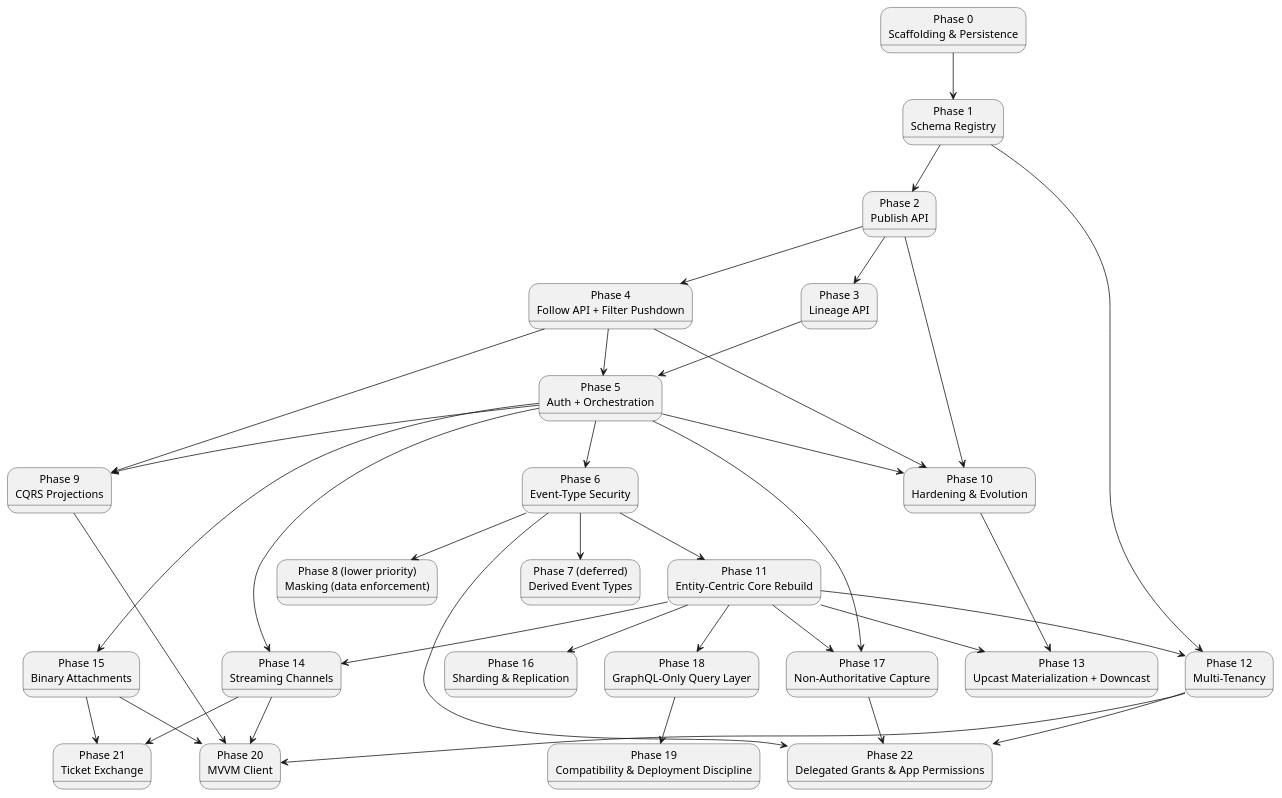
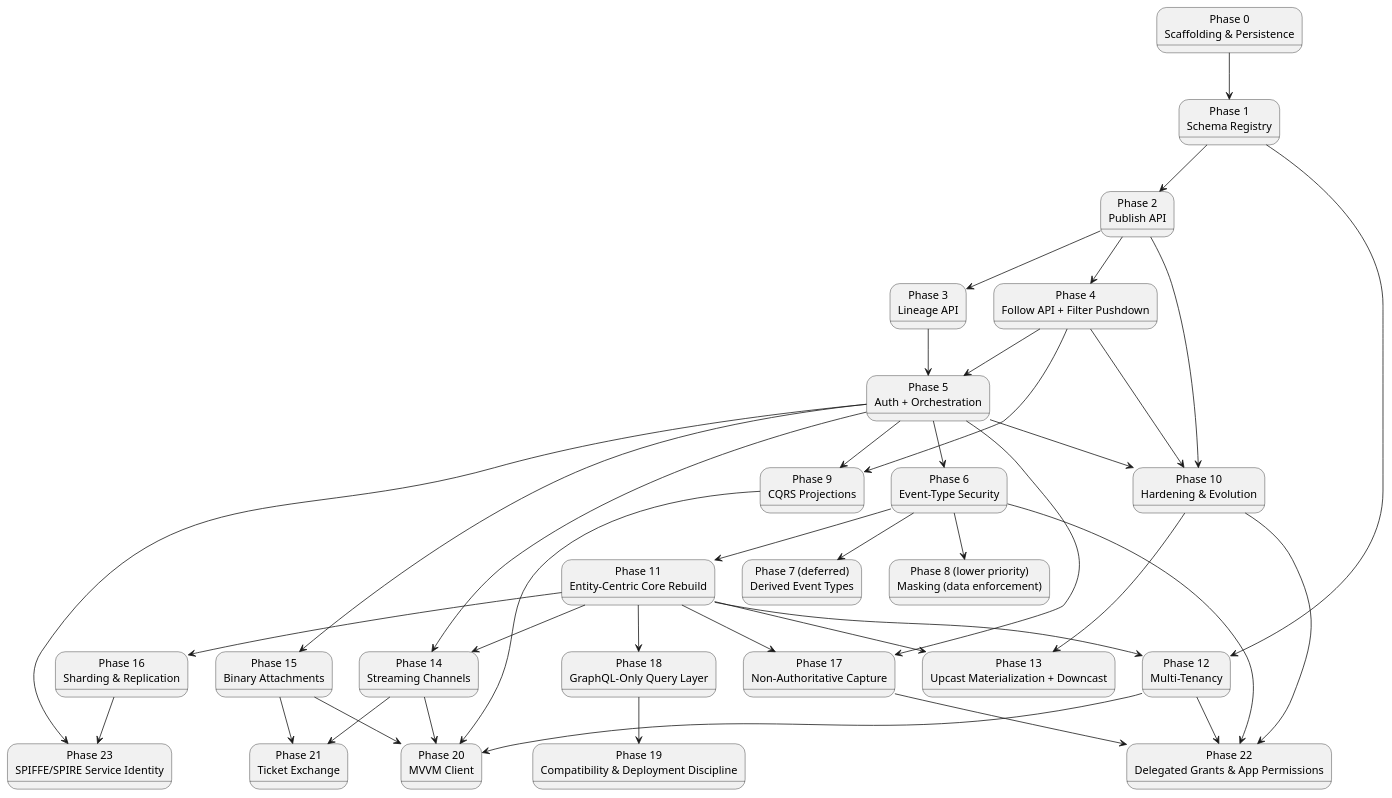
Before and after one commit to Mwwhited-BookLearning/EventSourcing: the diagram in docs/08-build-plan.md, drawn with PlantUML. The commit also changed other lines of this file and 20 other files, not shown here.

First line of the commit message:
Add ADR-045 through ADR-049: read audit log, RBAC, federated claims, SPIFFE/SPIRE, API Gateway

````diff
--- a/docs/08-build-plan.md
+++ b/docs/08-build-plan.md
@@ -42,64 +42,68 @@
 ```plantuml
 @startuml BuildPlan_Phases
 state "Phase 0\nScaffolding & Persistence" as p0
 state "Phase 1\nSchema Registry" as p1
 state "Phase 2\nPublish API" as p2
 state "Phase 3\nLineage API" as p3
 state "Phase 4\nFollow API + Filter Pushdown" as p4
 state "Phase 5\nAuth + Orchestration" as p5
 state "Phase 6\nEvent-Type Security" as p6
 state "Phase 7 (deferred)\nDerived Event Types" as p7
 state "Phase 8 (lower priority)\nMasking (data enforcement)" as p8
 state "Phase 9\nCQRS Projections" as p9
 state "Phase 10\nHardening & Evolution" as p10
 state "Phase 11\nEntity-Centric Core Rebuild" as p11
 state "Phase 12\nMulti-Tenancy" as p12
 state "Phase 13\nUpcast Materialization + Downcast" as p13
 state "Phase 14\nStreaming Channels" as p14
 state "Phase 15\nBinary Attachments" as p15
 state "Phase 16\nSharding & Replication" as p16
 state "Phase 17\nNon-Authoritative Capture" as p17
 state "Phase 18\nGraphQL-Only Query Layer" as p18
 state "Phase 19\nCompatibility & Deployment Discipline" as p19
 state "Phase 20\nMVVM Client" as p20
 state "Phase 21\nTicket Exchange" as p21
 state "Phase 22\nDelegated Grants & App Permissions" as p22
+state "Phase 23\nSPIFFE/SPIRE Service Identity" as p23
 
 p0 --> p1
 p1 --> p2
 p2 --> p3
 p2 --> p4
 p3 --> p5
 p4 --> p5
 p5 --> p6
 p6 --> p7
 p6 --> p8
 p4 --> p9
 p5 --> p9
 p5 --> p10
 p2 --> p10
 p4 --> p10
 p6 --> p11
 p1 --> p12
 p11 --> p12
 p10 --> p13
 p11 --> p13
 p5 --> p14
 p11 --> p14
 p5 --> p15
 p11 --> p16
 p11 --> p17
 p5 --> p17
 p11 --> p18
 p18 --> p19
 p9 --> p20
 p12 --> p20
 p14 --> p20
 p15 --> p20
 p14 --> p21
 p15 --> p21
 p17 --> p22
 p6 --> p22
 p12 --> p22
+p10 --> p22
+p5 --> p23
+p16 --> p23
 @enduml
 ```
````
